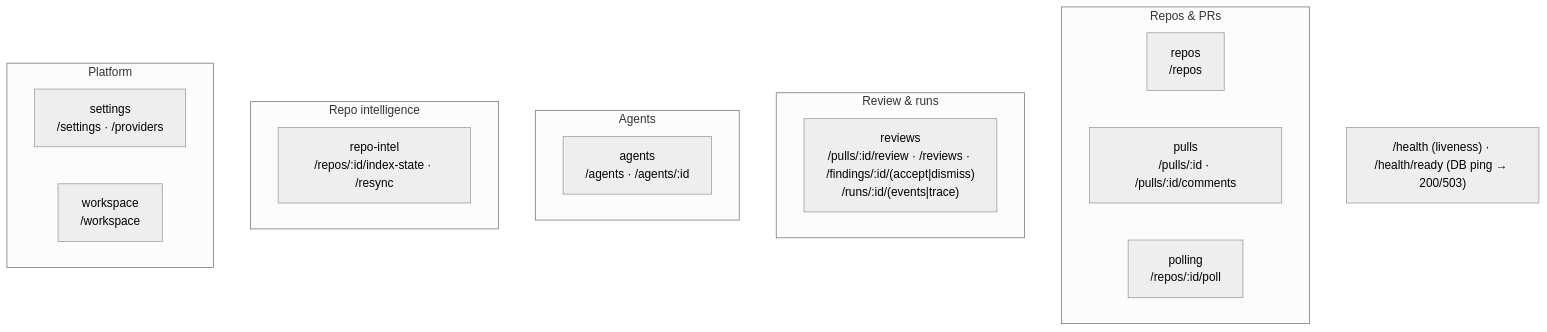
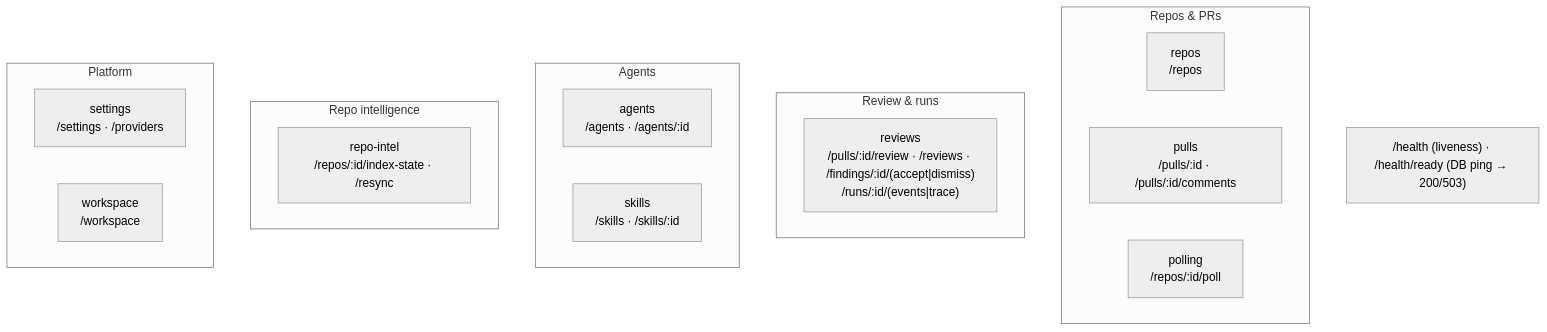
Before and after one commit to s-deer/dev-digest: the second of 2 diagrams in server/README.md, drawn with Mermaid (neutral theme). The commit also changed 49 other files, not shown here.

````diff
--- a/server/README.md
+++ b/server/README.md
@@ -64,22 +64,23 @@
 ```mermaid
 flowchart TB
   subgraph Repos_PRs["Repos & PRs"]
     repos["repos<br/>/repos"]
     pulls["pulls<br/>/pulls/:id · /pulls/:id/comments"]
     polling["polling<br/>/repos/:id/poll"]
   end
   subgraph Review["Review & runs"]
     reviews["reviews<br/>/pulls/:id/review · /reviews · /findings/:id/(accept|dismiss)<br/>/runs/:id/(events|trace)"]
   end
-  subgraph Agents["Agents"]
+   subgraph Agents["Agents"]
     agents["agents<br/>/agents · /agents/:id"]
-  end
+    skills["skills<br/>/skills · /skills/:id"]
+   end
   subgraph Intel["Repo intelligence"]
     repoIntel["repo-intel<br/>/repos/:id/index-state · /resync"]
   end
   subgraph Platform["Platform"]
     settings["settings<br/>/settings · /providers"]
     workspace["workspace<br/>/workspace"]
   end
   HEALTH["/health (liveness) · /health/ready (DB ping → 200/503)"]
 ```
````
